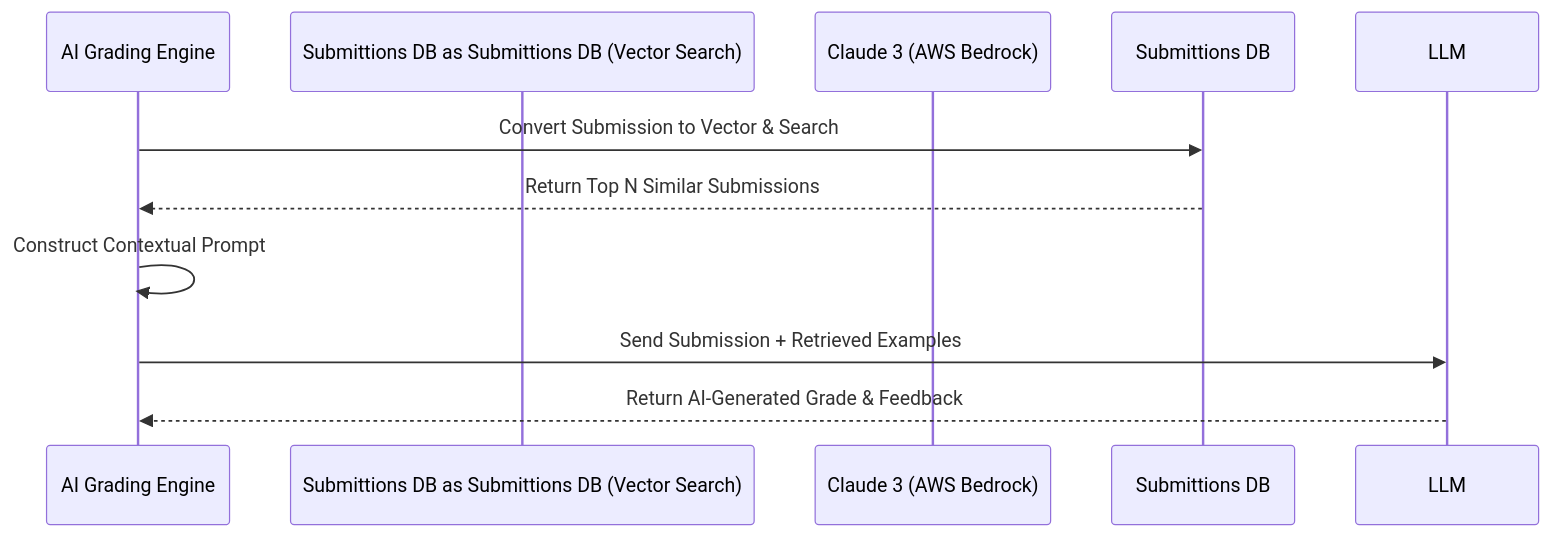
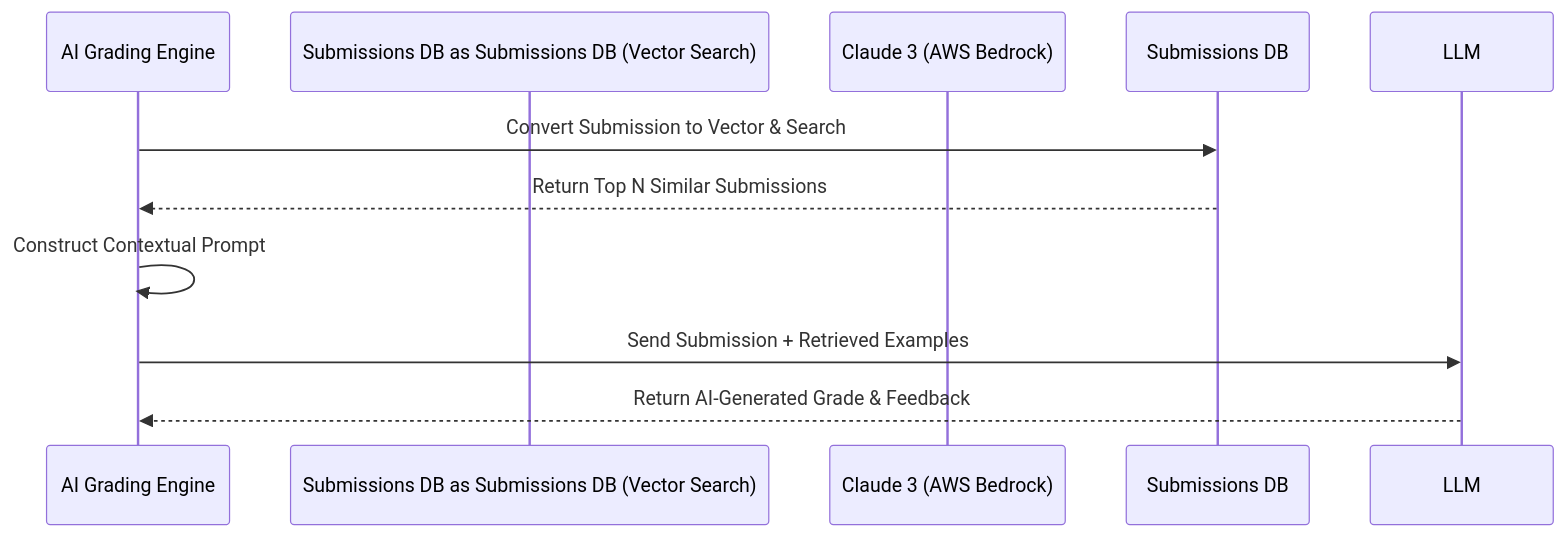
One commit to architectrons/arch-kata-2025 changed the third of 5 diagrams in ai_architecture_submittion.md. Above: the diagram before and after it, drawn with Mermaid. The commit also changed other lines of this file, not shown here.

````diff
--- a/ai_architecture_submittion.md
+++ b/ai_architecture_submittion.md
@@ -67,13 +67,13 @@
 ```mermaid
 sequenceDiagram
     participant AI Grading Engine
-    participant Submittions DB as Submittions DB (Vector Search)
+    participant Submissions DB as Submissions DB (Vector Search)
     participant LLm as Claude 3 (AWS Bedrock)
 
-    AI Grading Engine->>Submittions DB: Convert Submission to Vector & Search
-    Submittions DB-->>AI Grading Engine: Return Top N Similar Submissions
+    AI Grading Engine->>Submissions DB: Convert Submission to Vector & Search
+    Submissions DB-->>AI Grading Engine: Return Top N Similar Submissions
     
     AI Grading Engine->>AI Grading Engine: Construct Contextual Prompt
     AI Grading Engine->>LLM: Send Submission + Retrieved Examples
     LLM-->>AI Grading Engine: Return AI-Generated Grade & Feedback
 ```
````
